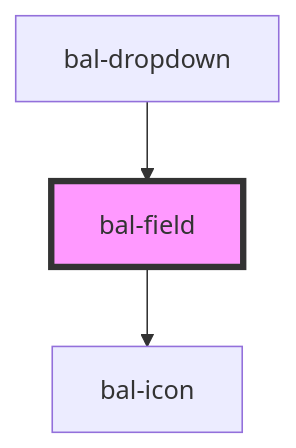
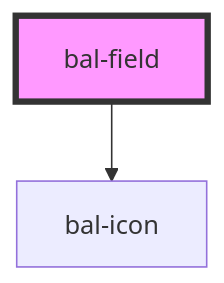
One commit to baloise/ui-library-next changed the diagram in packages/library/src/components/field/readme.md. Above: the diagram before and after it, drawn with Mermaid. The commit also changed other lines of this file and 13 other files, not shown here.

````diff
--- a/packages/library/src/components/field/readme.md
+++ b/packages/library/src/components/field/readme.md
@@ -66,6 +62,5 @@
 ```mermaid
 graph TD;
   bal-field --> bal-icon
-  bal-dropdown --> bal-field
   style bal-field fill:#f9f,stroke:#333,stroke-width:4px
 ```
````
